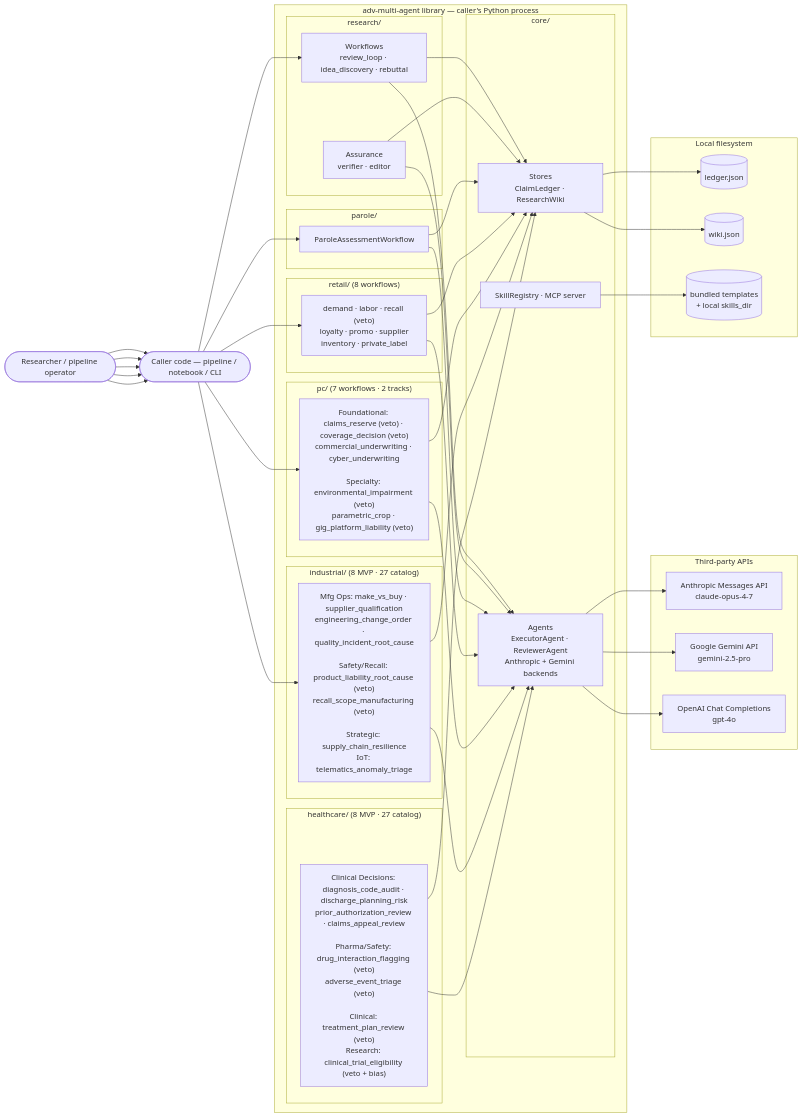
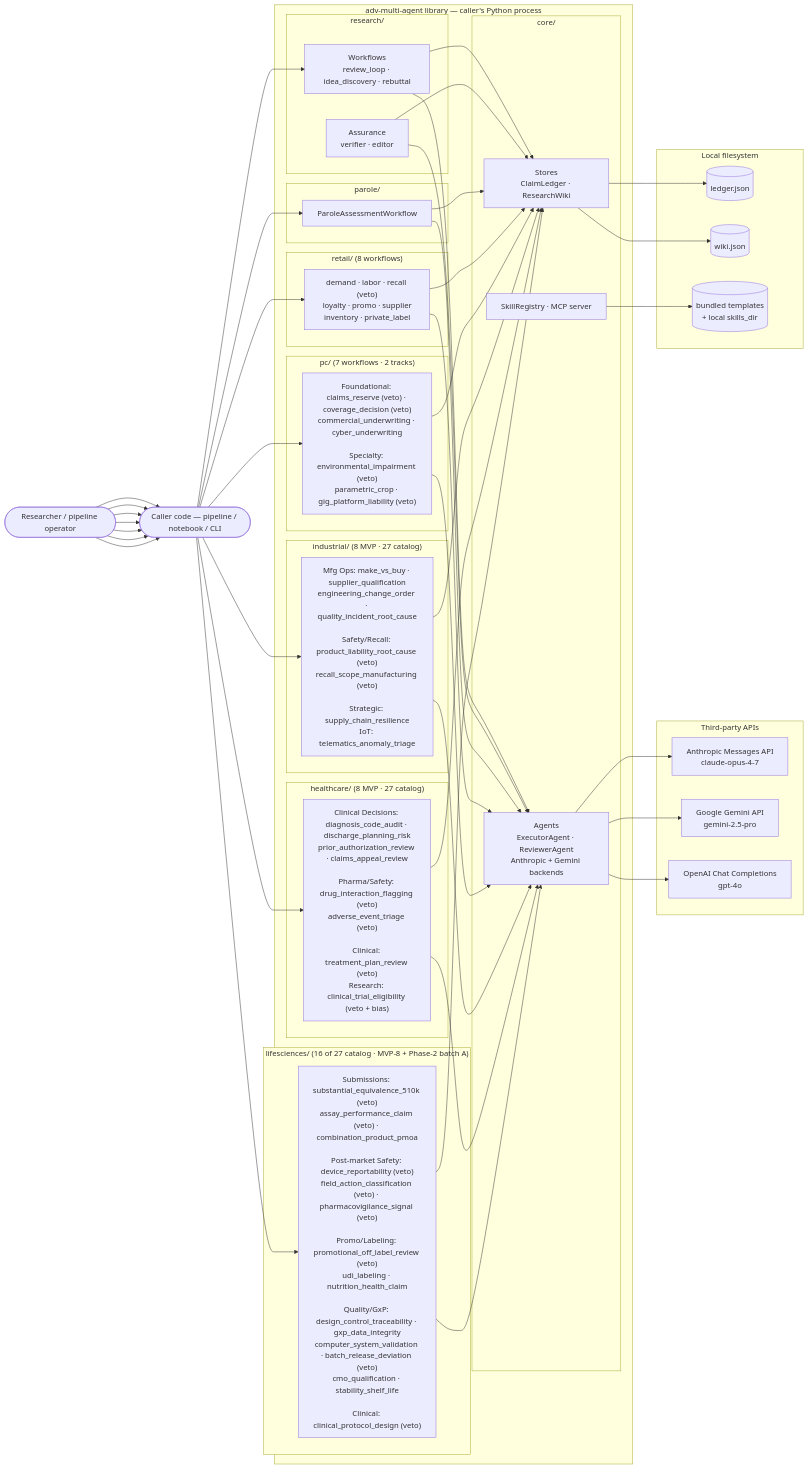
Before and after one commit to gmanch94/adversarial-multi-agent-lib: the first of 6 diagrams in docs/architecture.md, drawn with Mermaid. The commit also changed other lines of this file and 2 other files, not shown here.

First line of the commit message:
docs(architecture): refresh stale counts + add lifesciences to architecture and deployment-architecture; fix CLAUDE.md sibling count [skip ci]

````diff
--- a/docs/architecture.md
+++ b/docs/architecture.md
@@ -36,70 +36,77 @@
 ```mermaid
 flowchart LR
     Researcher([Researcher / pipeline operator])
     Caller([Caller code — pipeline / notebook / CLI])
 
     subgraph Lib["adv-multi-agent library — caller's Python process"]
         subgraph Core["core/"]
             Agents[Agents<br/>ExecutorAgent · ReviewerAgent<br/>Anthropic + Gemini backends]
             Stores[Stores<br/>ClaimLedger · ResearchWiki]
             SkillsMcp[SkillRegistry · MCP server]
         end
         subgraph Research["research/"]
             Workflows[Workflows<br/>review_loop · idea_discovery · rebuttal]
             Assurance[Assurance<br/>verifier · editor]
         end
         subgraph ParoleDomain["parole/"]
             ParoleWf[ParoleAssessmentWorkflow]
         end
         subgraph RetailDomain["retail/ (8 workflows)"]
             RetailWf["demand · labor · recall (veto)<br/>loyalty · promo · supplier<br/>inventory · private_label"]
         end
         subgraph PCDomain["pc/ (7 workflows · 2 tracks)"]
             PCWf["Foundational: claims_reserve (veto) · coverage_decision (veto)<br/>commercial_underwriting · cyber_underwriting<br/><br/>Specialty: environmental_impairment (veto)<br/>parametric_crop · gig_platform_liability (veto)"]
         end
         subgraph IndustrialDomain["industrial/ (8 MVP · 27 catalog)"]
             IndWf["Mfg Ops: make_vs_buy · supplier_qualification<br/>engineering_change_order · quality_incident_root_cause<br/><br/>Safety/Recall: product_liability_root_cause (veto)<br/>recall_scope_manufacturing (veto)<br/><br/>Strategic: supply_chain_resilience<br/>IoT: telematics_anomaly_triage"]
         end
         subgraph HealthcareDomain["healthcare/ (8 MVP · 27 catalog)"]
             HW["Clinical Decisions: diagnosis_code_audit · discharge_planning_risk<br/>prior_authorization_review · claims_appeal_review<br/><br/>Pharma/Safety: drug_interaction_flagging (veto)<br/>adverse_event_triage (veto)<br/><br/>Clinical: treatment_plan_review (veto)<br/>Research: clinical_trial_eligibility (veto + bias)"]
         end
+        subgraph LifeSciDomain["lifesciences/ (16 of 27 catalog · MVP-8 + Phase-2 batch A)"]
+            LSWf["Submissions: substantial_equivalence_510k (veto)<br/>assay_performance_claim (veto) · combination_product_pmoa<br/><br/>Post-market Safety: device_reportability (veto)<br/>field_action_classification (veto) · pharmacovigilance_signal (veto)<br/><br/>Promo/Labeling: promotional_off_label_review (veto)<br/>udi_labeling · nutrition_health_claim<br/><br/>Quality/GxP: design_control_traceability · gxp_data_integrity<br/>computer_system_validation · batch_release_deviation (veto)<br/>cmo_qualification · stability_shelf_life<br/><br/>Clinical: clinical_protocol_design (veto)"]
+        end
         Workflows --> Agents
         Workflows --> Stores
         Assurance --> Agents
         Assurance --> Stores
         ParoleWf --> Agents
         ParoleWf --> Stores
         RetailWf --> Agents
         RetailWf --> Stores
         PCWf --> Agents
         PCWf --> Stores
         IndWf --> Agents
         IndWf --> Stores
         HW --> Agents
         HW --> Stores
+        LSWf --> Agents
+        LSWf --> Stores
     end
 
     subgraph Third["Third-party APIs"]
         Anthropic[Anthropic Messages API<br/>claude-opus-4-7]
         Gemini[Google Gemini API<br/>gemini-2.5-pro]
         OpenAI[OpenAI Chat Completions<br/>gpt-4o]
     end
 
     subgraph FS["Local filesystem"]
         Ledger[(ledger.json)]
         Wiki[(wiki.json)]
         Skills[(bundled templates<br/>+ local skills_dir)]
     end
 
     Researcher --> Caller --> Workflows
     Researcher --> Caller --> ParoleWf
     Researcher --> Caller --> RetailWf
     Researcher --> Caller --> PCWf
     Researcher --> Caller --> IndWf
+    Researcher --> Caller --> HW
+    Researcher --> Caller --> LSWf
     Agents --> Anthropic
     Agents --> Gemini
     Agents --> OpenAI
     Stores --> Ledger
     Stores --> Wiki
     SkillsMcp --> Skills
 ```
````
